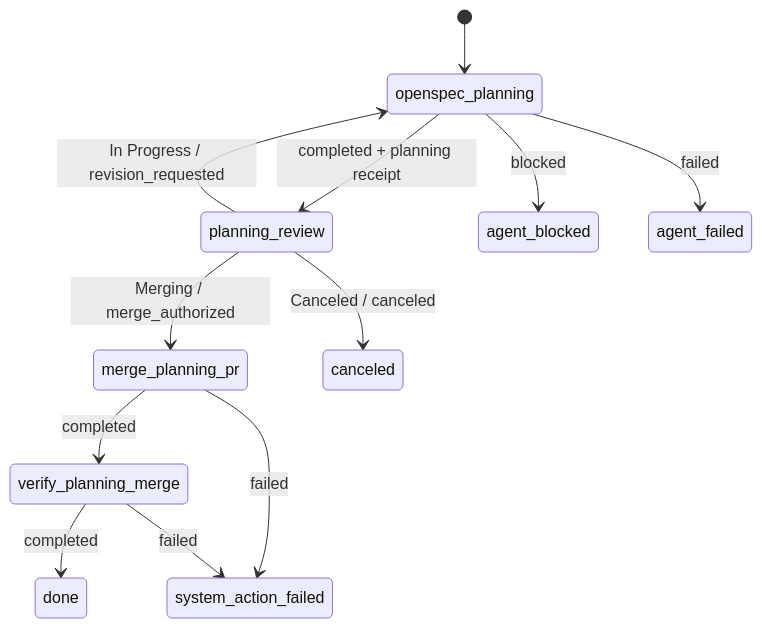
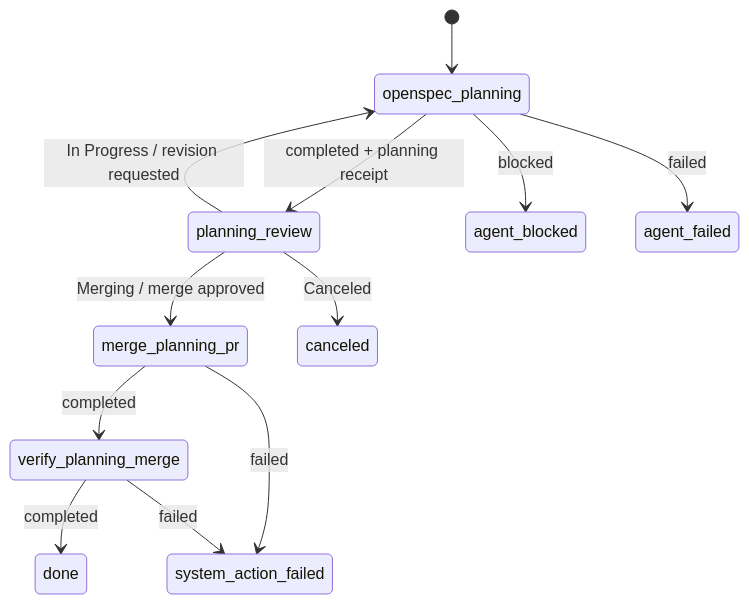
One commit to sachinkundu/deos changed the second of 2 diagrams in openspec/changes/simplify-to-planning-pr-workflow/design.md. Above: the diagram before and after it, drawn with Mermaid. The commit also changed other lines of this file, not shown here.

Commit message:
docs(openspec): simplify workflow design

````diff
--- a/openspec/changes/simplify-to-planning-pr-workflow/design.md
+++ b/openspec/changes/simplify-to-planning-pr-workflow/design.md
@@ -142,14 +126,14 @@
 ```mermaid
 stateDiagram-v2
     [*] --> openspec_planning
     openspec_planning --> planning_review: completed + planning receipt
     openspec_planning --> agent_blocked: blocked
     openspec_planning --> agent_failed: failed
-    planning_review --> openspec_planning: In Progress / revision_requested
-    planning_review --> merge_planning_pr: Merging / merge_authorized
-    planning_review --> canceled: Canceled / canceled
+    planning_review --> openspec_planning: In Progress / revision requested
+    planning_review --> merge_planning_pr: Merging / merge approved
+    planning_review --> canceled: Canceled
     merge_planning_pr --> verify_planning_merge: completed
     merge_planning_pr --> system_action_failed: failed
     verify_planning_merge --> done: completed
     verify_planning_merge --> system_action_failed: failed
 ```
````
